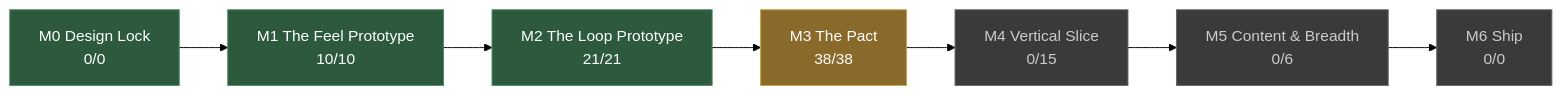
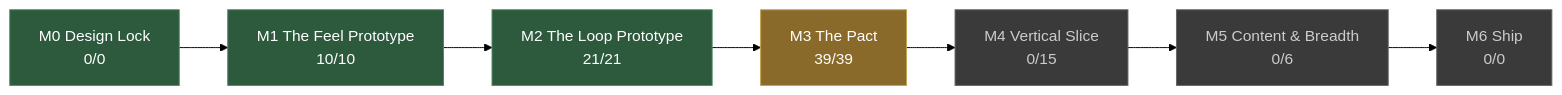
One commit to JoshuaGessner/she changed the diagram in docs/STATUS.md. Above: the diagram before and after it, drawn with Mermaid (forest theme). The commit also changed other lines of this file and 6 other files, not shown here.

````diff
--- a/docs/STATUS.md
+++ b/docs/STATUS.md
@@ -13,19 +13,19 @@
 ```mermaid
 flowchart LR
   M0["M0 Design Lock<br/>0/0"]:::passed
   M1["M1 The Feel Prototype<br/>10/10"]:::passed
   M0 --> M1
   M2["M2 The Loop Prototype<br/>21/21"]:::passed
   M1 --> M2
-  M3["M3 The Pact<br/>38/38"]:::current
+  M3["M3 The Pact<br/>39/39"]:::current
   M2 --> M3
   M4["M4 Vertical Slice<br/>0/15"]:::ahead
   M3 --> M4
   M5["M5 Content & Breadth<br/>0/6"]:::ahead
   M4 --> M5
   M6["M6 Ship<br/>0/0"]:::ahead
   M5 --> M6
   classDef passed fill:#2d5a3d,stroke:#4a8a5f,color:#fff
   classDef current fill:#8a6a2a,stroke:#c8a04a,color:#fff
   classDef ahead fill:#3a3a3a,stroke:#666,color:#ccc
 ```
````
